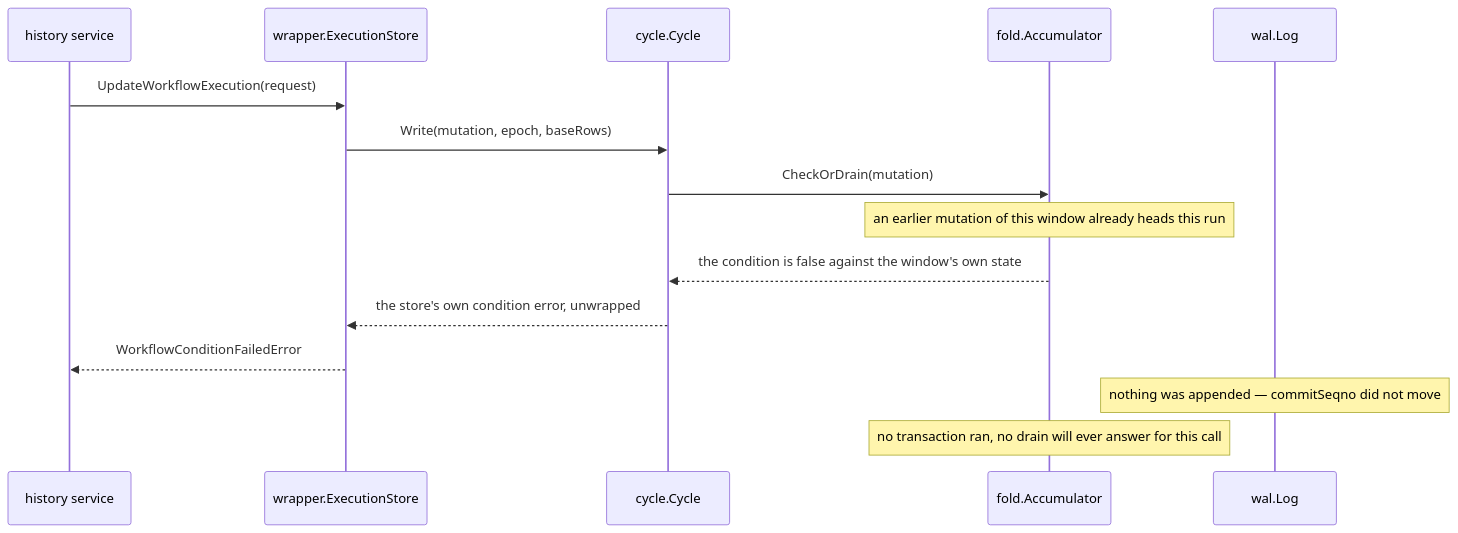
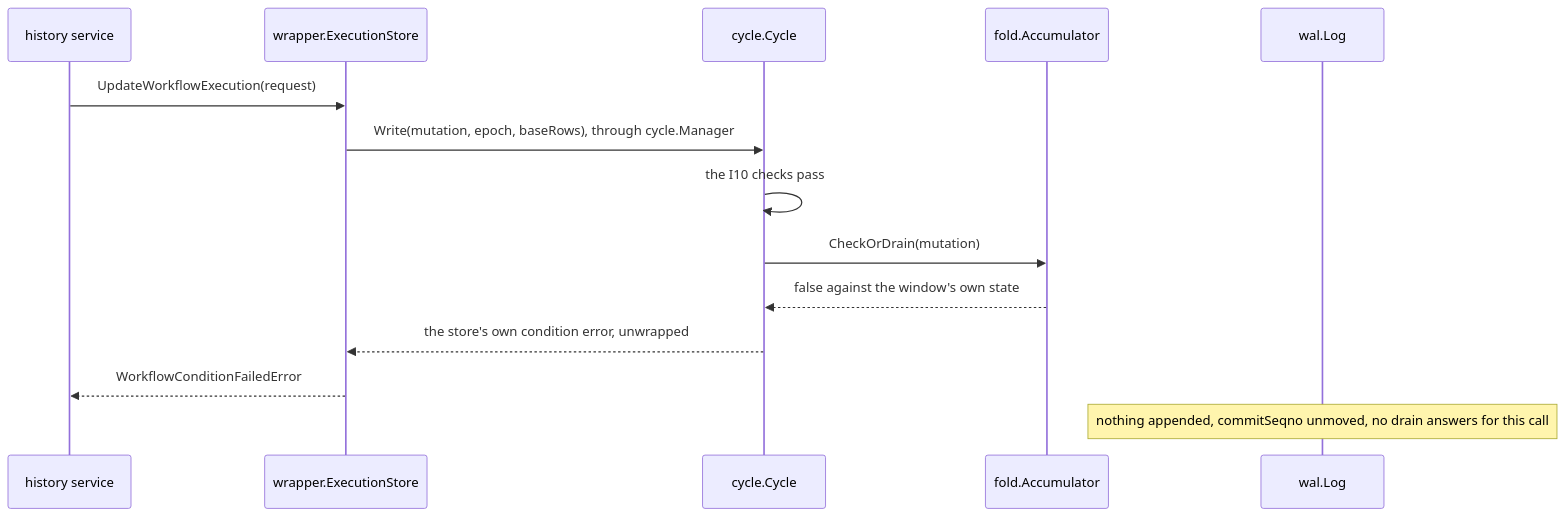
One commit to aromanovich/waltz changed the fourth of 9 diagrams in docs/handbook/05-write-path.md. Above: the diagram before and after it, drawn with Mermaid. The commit also changed other lines of this file and 187 other files, not shown here.

````diff
--- a/docs/handbook/05-write-path.md
+++ b/docs/handbook/05-write-path.md
@@ -337,18 +256,17 @@
 ```mermaid
 sequenceDiagram
   participant HS as history service
   participant ES as wrapper.ExecutionStore
   participant CY as cycle.Cycle
   participant ACC as fold.Accumulator
   participant LOG as wal.Log
 
   HS->>ES: UpdateWorkflowExecution(request)
-  ES->>CY: Write(mutation, epoch, baseRows)
+  ES->>CY: Write(mutation, epoch, baseRows), through cycle.Manager
+  CY->>CY: the I10 checks pass
   CY->>ACC: CheckOrDrain(mutation)
-  Note over ACC: an earlier mutation of this window already heads this run
-  ACC-->>CY: the condition is false against the window's own state
+  ACC-->>CY: false against the window's own state
   CY-->>ES: the store's own condition error, unwrapped
   ES-->>HS: WorkflowConditionFailedError
-  Note over LOG: nothing was appended — commitSeqno did not move
-  Note over ACC: no transaction ran, no drain will ever answer for this call
+  Note over LOG: nothing appended, commitSeqno unmoved, no drain answers for this call
 ```
````
